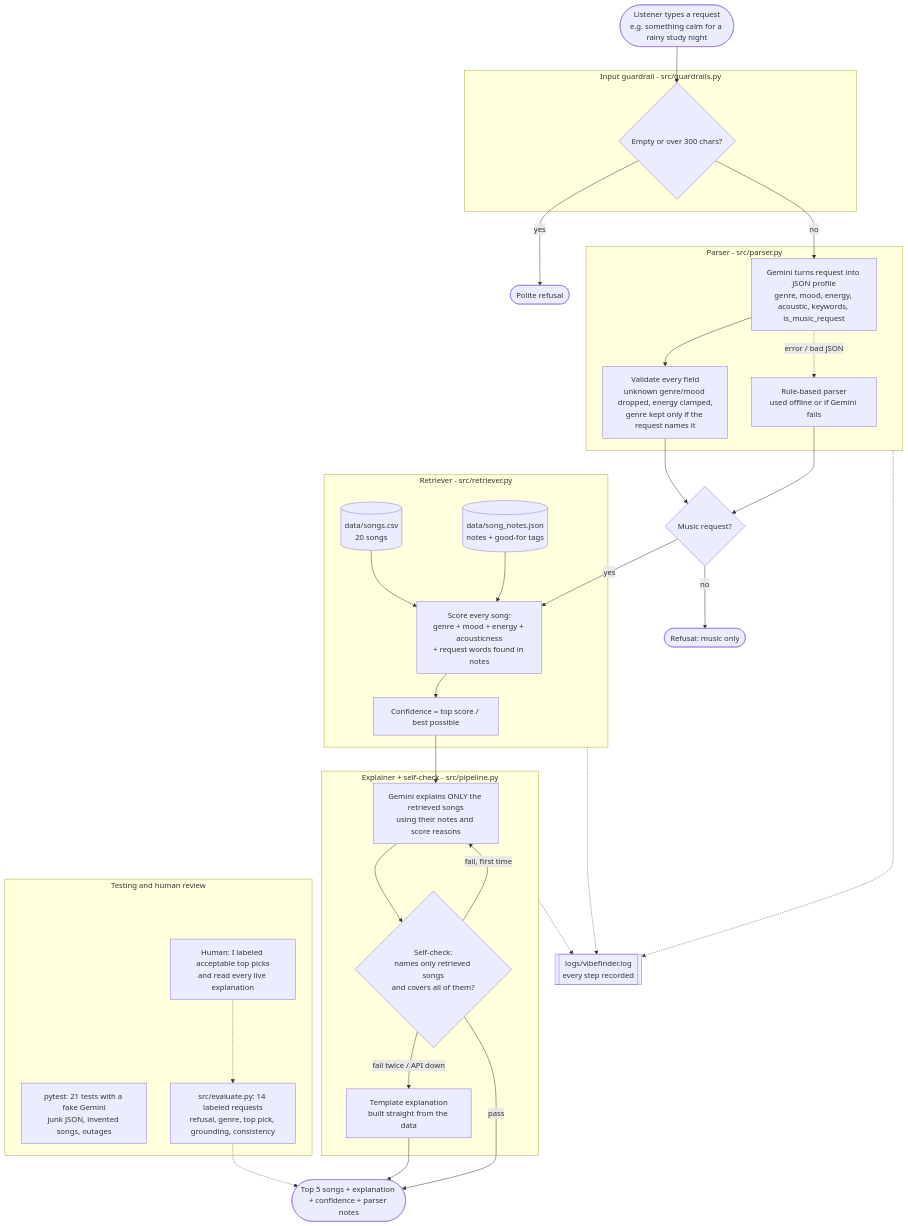
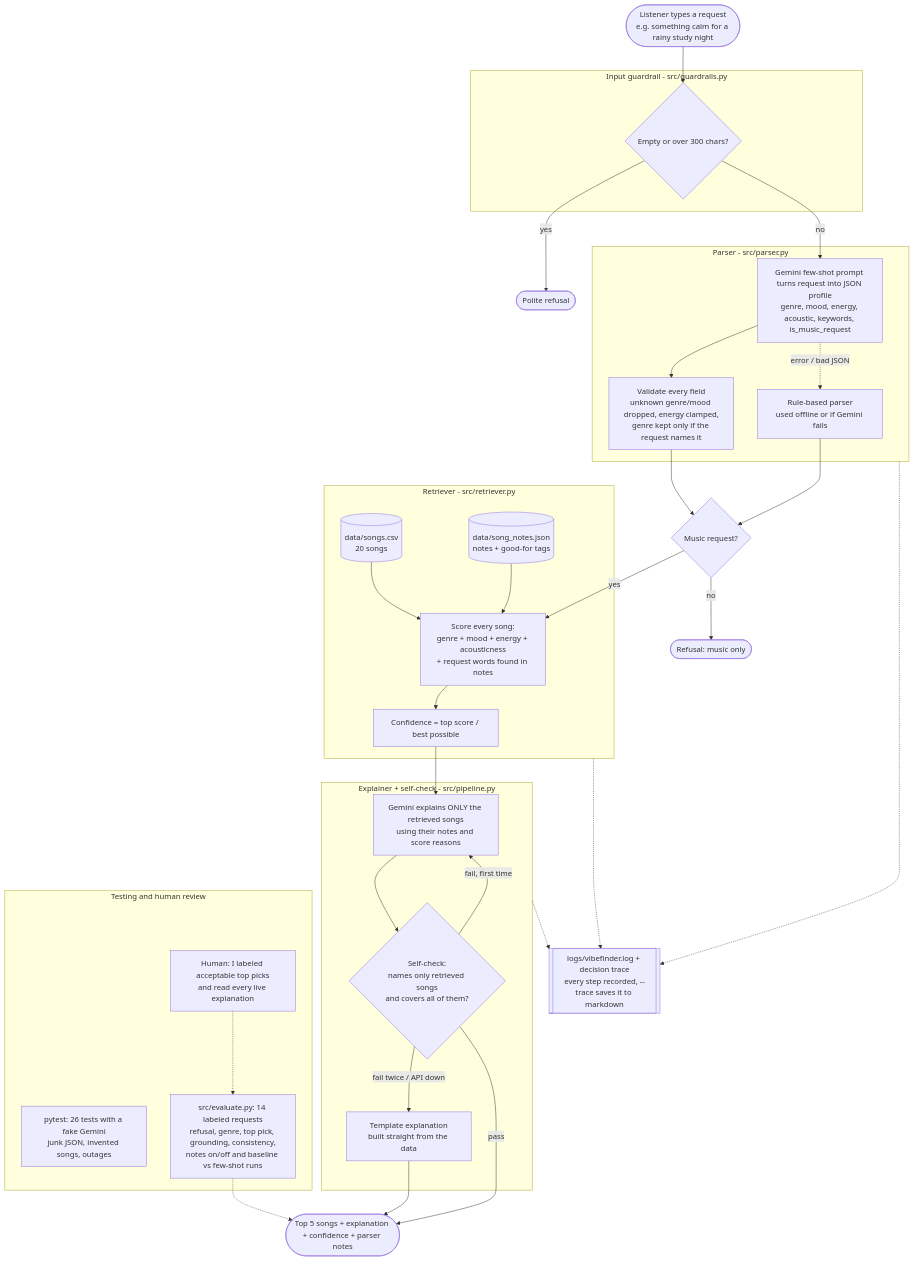
The diagram in diagrams/architecture.mmd (tanviranjumjoarder/applied-ai-system-project), drawn with Mermaid before and after one commit. The commit also changed 4 other files, not shown here.

```diff
--- a/diagrams/architecture.mmd
+++ b/diagrams/architecture.mmd
@@ -1,56 +1,56 @@
 flowchart TD
     U(["Listener types a request<br/>e.g. something calm for a rainy study night"]) --> G1
 
     subgraph Guardrails_in [Input guardrail - src/guardrails.py]
         G1{Empty or over 300 chars?}
     end
     G1 -- yes --> R1([Polite refusal])
     G1 -- no --> P
 
     subgraph Parse [Parser - src/parser.py]
-        P[Gemini turns request into JSON profile<br/>genre, mood, energy, acoustic, keywords, is_music_request]
+        P[Gemini few-shot prompt turns request into JSON profile<br/>genre, mood, energy, acoustic, keywords, is_music_request]
         V[Validate every field<br/>unknown genre/mood dropped, energy clamped,<br/>genre kept only if the request names it]
         F[Rule-based parser<br/>used offline or if Gemini fails]
         P --> V
         P -. error / bad JSON .-> F
     end
     V --> M{Music request?}
     F --> M
     M -- no --> R2([Refusal: music only])
     M -- yes --> RET
 
     subgraph Retrieve [Retriever - src/retriever.py]
         DB[(data/songs.csv<br/>20 songs)]
         KB[(data/song_notes.json<br/>notes + good-for tags)]
         RET[Score every song:<br/>genre + mood + energy + acousticness<br/>+ request words found in notes]
         C[Confidence = top score / best possible]
         DB --> RET
         KB --> RET
         RET --> C
     end
     C --> E
 
     subgraph Explain [Explainer + self-check - src/pipeline.py]
         E[Gemini explains ONLY the retrieved songs<br/>using their notes and score reasons]
         SC{Self-check:<br/>names only retrieved songs<br/>and covers all of them?}
         T[Template explanation<br/>built straight from the data]
         E --> SC
         SC -- fail, first time --> E
         SC -- fail twice / API down --> T
     end
     SC -- pass --> OUT
     T --> OUT
     OUT([Top 5 songs + explanation + confidence + parser notes])
 
-    LOG[[logs/vibefinder.log<br/>every step recorded]]
+    LOG[[logs/vibefinder.log + decision trace<br/>every step recorded, --trace saves it to markdown]]
     Parse -.-> LOG
     Retrieve -.-> LOG
     Explain -.-> LOG
 
     subgraph Testing [Testing and human review]
-        PT[pytest: 21 tests with a fake Gemini<br/>junk JSON, invented songs, outages]
-        EV[src/evaluate.py: 14 labeled requests<br/>refusal, genre, top pick, grounding, consistency]
+        PT[pytest: 26 tests with a fake Gemini<br/>junk JSON, invented songs, outages]
+        EV[src/evaluate.py: 14 labeled requests<br/>refusal, genre, top pick, grounding, consistency,<br/>notes on/off and baseline vs few-shot runs]
         H[Human: I labeled acceptable top picks<br/>and read every live explanation]
     end
     EV -.-> OUT
     H -.-> EV
```
